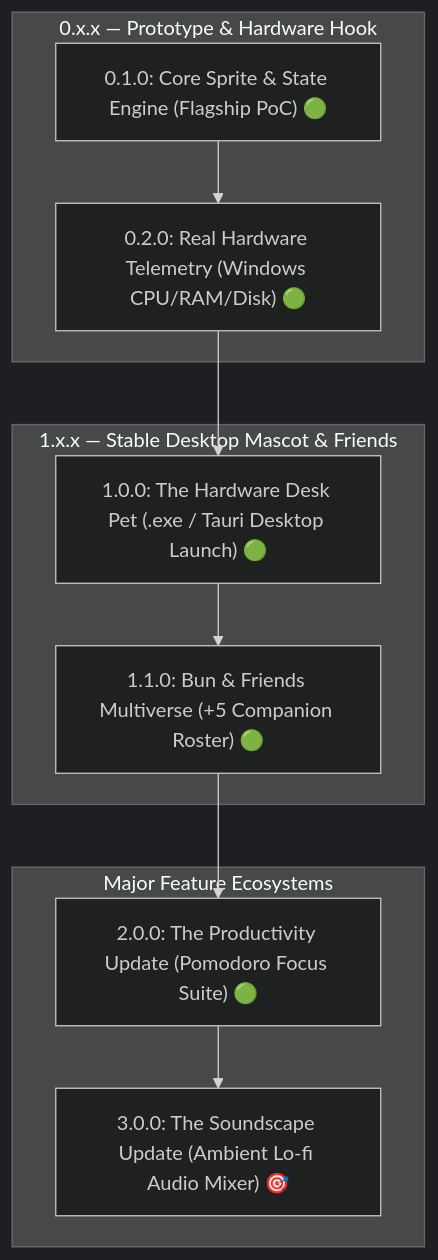
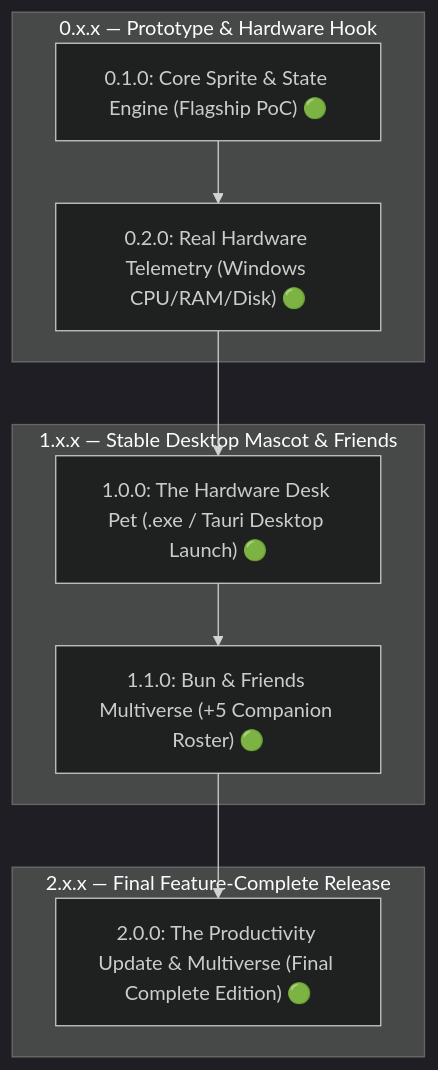
Before and after one commit to vavinon/lofi-bun-companion: the diagram in non-docs/specs/version-roadmap.md, drawn with Mermaid (dark theme). The commit also changed other lines of this file and 20 other files, not shown here.

````diff
--- a/non-docs/specs/version-roadmap.md
+++ b/non-docs/specs/version-roadmap.md
@@ -15,16 +15,15 @@
 ```mermaid
 graph TD
     subgraph PreRelease["0.x.x — Prototype & Hardware Hook"]
         v010["0.1.0: Core Sprite & State Engine (Flagship PoC) 🟢"] --> v020["0.2.0: Real Hardware Telemetry (Windows CPU/RAM/Disk) 🟢"]
     end
 
     subgraph Major1["1.x.x — Stable Desktop Mascot & Friends"]
         v020 --> v100["1.0.0: The Hardware Desk Pet (.exe / Tauri Desktop Launch) 🟢"]
         v100 --> v110["1.1.0: Bun & Friends Multiverse (+5 Companion Roster) 🟢"]
     end
 
-    subgraph Major2_3["Major Feature Ecosystems"]
-        v110 --> v200["2.0.0: The Productivity Update (Pomodoro Focus Suite) 🟢"]
-        v200 --> v300["3.0.0: The Soundscape Update (Ambient Lo-fi Audio Mixer) 🎯"]
+    subgraph Major2["2.x.x — Final Feature-Complete Release"]
+        v110 --> v200["2.0.0: The Productivity Update & Multiverse (Final Complete Edition) 🟢"]
     end
 ```
````
